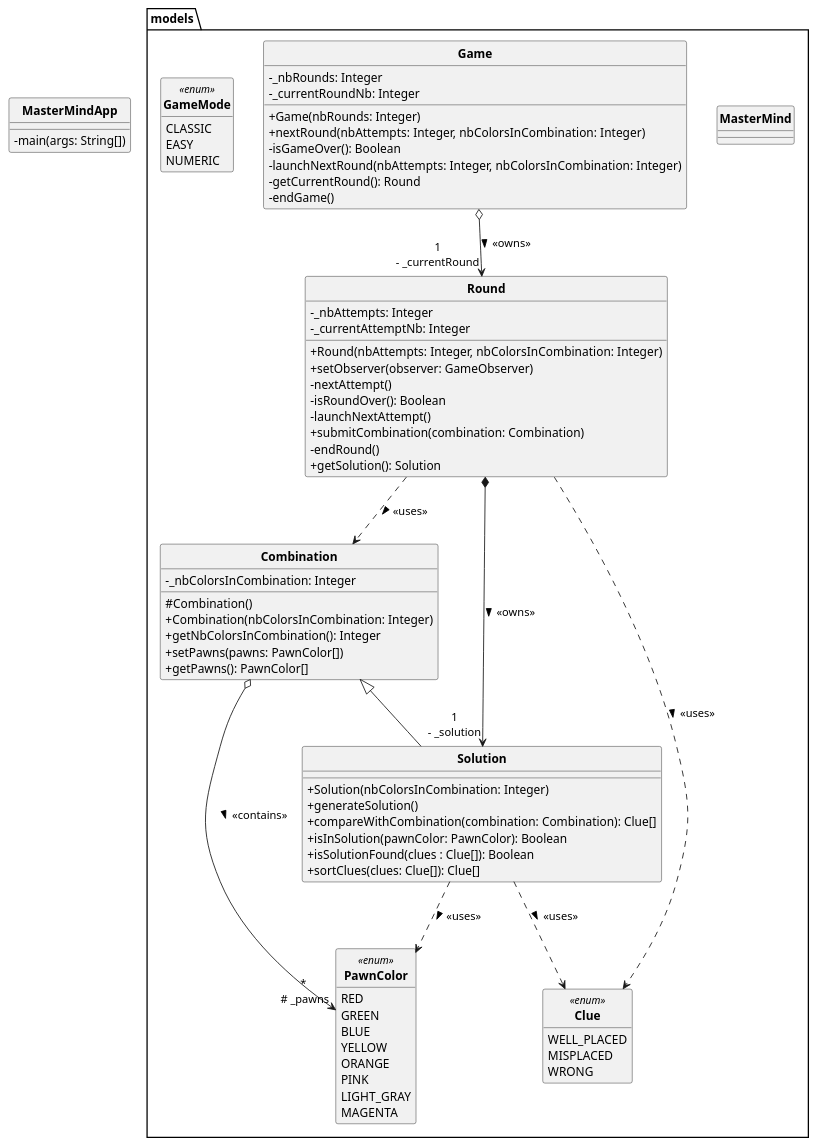
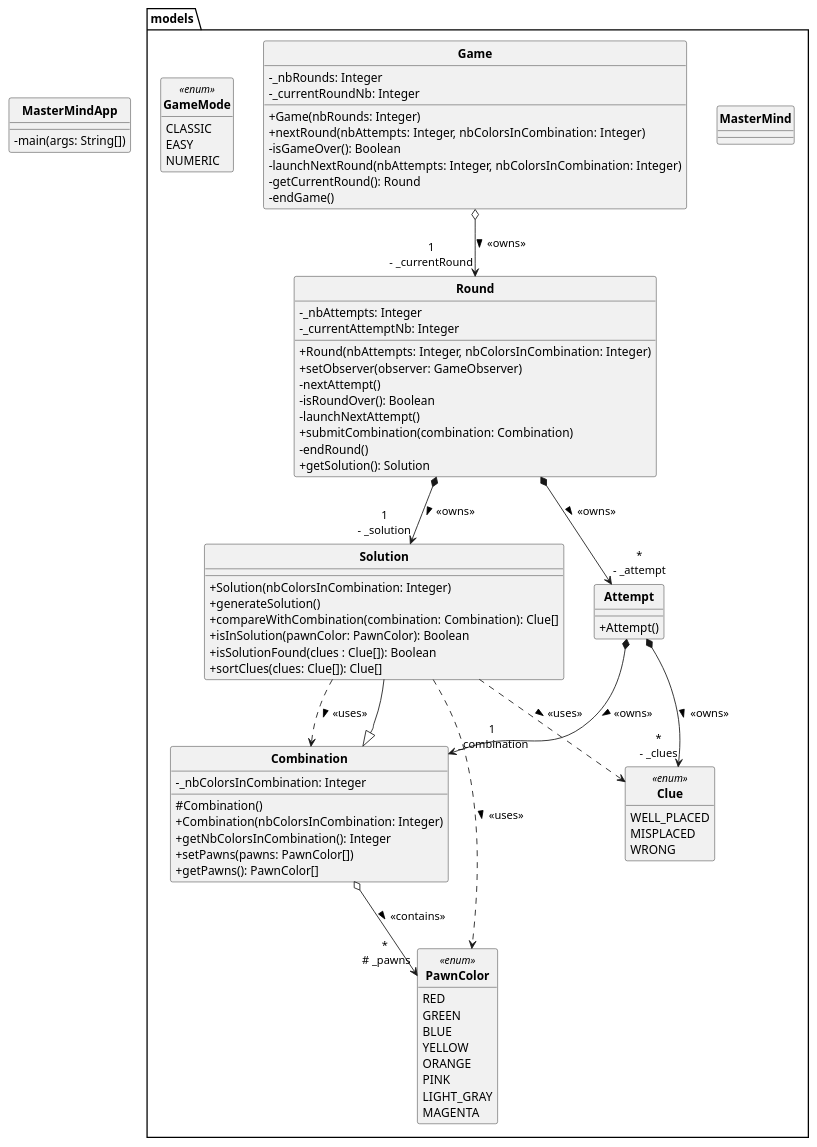
One commit to Robin3711/mastermind changed the diagram in diags/masterMindFirstDiag.puml. Above: the diagram before and after it, drawn with PlantUML.

Commit message:
mise a jour de l'UML : mise en place de la casse atempt

```diff
--- a/diags/masterMindFirstDiag.puml
+++ b/diags/masterMindFirstDiag.puml
@@ -1,169 +1,176 @@
 @startuml
 
 skinparam style strictuml
 skinparam classAttributeIconSize 0
 skinparam classFontStyle Bold
 hide enum methods
 hide interface attributes
 
 class MasterMindApp {
     - main(args: String[])
 }
 
 package models {
     class MasterMind {}
     class Game {
         - _nbRounds: Integer
         - _currentRoundNb: Integer
         + Game(nbRounds: Integer)
         '+ updateWinRound()
         '+ updateLoseRound()
         '+ updateForfeitRound()
         + nextRound(nbAttempts: Integer, nbColorsInCombination: Integer)
         - isGameOver(): Boolean
         - launchNextRound(nbAttempts: Integer, nbColorsInCombination: Integer)
         - getCurrentRound(): Round
         - endGame()
     }
     class Round {
         - _nbAttempts: Integer
         - _currentAttemptNb: Integer
         + Round(nbAttempts: Integer, nbColorsInCombination: Integer)
         + setObserver(observer: GameObserver)
         '- notifyWinRound()
         '- notifyLoseRound(score: Integer)
         '- notifyForfeitRound()
         - nextAttempt()
         - isRoundOver(): Boolean
         - launchNextAttempt()
         + submitCombination(combination: Combination)
         '- winRound()
         '- loseRound()
         '- forfeitRound()
         - endRound()
         + getSolution(): Solution
     }
     class Combination {
         - _nbColorsInCombination: Integer
         # Combination()
         + Combination(nbColorsInCombination: Integer)
         + getNbColorsInCombination(): Integer
         + setPawns(pawns: PawnColor[])
         + getPawns(): PawnColor[]
     }
     class Solution extends Combination {
         + Solution(nbColorsInCombination: Integer)
         + generateSolution()
         + compareWithCombination(combination: Combination): Clue[]
         + isInSolution(pawnColor: PawnColor): Boolean
         + isSolutionFound(clues : Clue[]): Boolean
         + sortClues(clues: Clue[]): Clue[]
+    }
+    class Attempt
+    {
+        + Attempt()
     }
     /'
     class GenerateCluesFactory {
         + createClassic(): GenerateCluesStrategy
         + createEasy(): GenerateCluesStrategy
     }
     class GenerateCluesClassic extends GenerateCluesTemplate implements GenerateCluesStrategy {
         + CluesClassic()
         + generateAdaptedClues(combinationSubmitted: Combination): Clue[]
     }
     class GenerateCluesEasy extends GenerateCluesTemplate implements GenerateCluesStrategy {
         + CluesEasy()
         + generateAdaptesClues(combinationSubmitted: Combination): Clue[]
     }
     class GenerateCluesTemplate {
         + generateClues(combinationSubmitted: Combination): Clue[]
     }
 
     interface GenerateCluesStrategy <<interface>> {
         + generateAdaptedClues(combinationSubmitted: Combination): Clue[]
     }
     '/
 
     /'
     interface RoundObserver <<interface>> {
         + updateWinRound()
         + updateLoseRound(score: Integer)
         + updateForfeitRound()
     }
     '/
 
     enum PawnColor <<enum>> {
         RED
         GREEN
         BLUE
         YELLOW
         ORANGE
         PINK
         LIGHT_GRAY
         MAGENTA
     }
     enum GameMode <<enum>> {
         CLASSIC
         EASY
         NUMERIC
     }
     enum Clue <<enum>> {
         WELL_PLACED
         MISPLACED
         WRONG
     }
 }
 
 'Relations
 
 'Models
 
 'Game
 Game o--> "1\n- _currentRound" Round : > <<owns>>
 
 'Round
 Round *--> "1\n- _solution" Solution : > <<owns>>
 'Relation avec observer dans la partie GameObserver
-Round ..> Combination : > <<uses>>
-Round ..> Clue : > <<uses>>
+Round *--> "*\n- _attempt" Attempt : > <<owns>>
 
 'Combination
 Combination o--> "*\n # _pawns" PawnColor : > <<contains>>
 
 'Solution
 Solution ..> PawnColor : > <<uses>>
 Solution ..> Clue : > <<uses>>
+Solution ..> Combination : > <<uses>>
+
+Attempt *--> "*\n- _clues" Clue : > <<owns>>
+Attempt *--> "1\n _combination" Combination : > <<owns>>
 
 'RoundObserver
 'RoundObserver <--o "*\n- _roundObserver" Round : > <<observes>>
 
 /'
 'GenerateCluesFactory
 GenerateCluesFactory ..> GenerateCluesClassic : > <<uses>>
 GenerateCluesFactory ..> GenerateCluesEasy : > <<uses>>
 GenerateCluesFactory ..> GenerateCluesStrategy : > <<uses>>
 
 'GenerateCluesClassic
 GenerateCluesClassic ..> Clue : > <<uses>>
 
 'GenerateCluesEasy
 GenerateCluesEasy ..> Clue : > <<uses>>
 
 'GenerateCluesStrategy
 GenerateCluesStrategy ..> Clue : > <<uses>>
 
 'GenerateCluesTemplate
 GenerateCluesTemplate ..> Clue : > <<uses>>
 '/
 
 'Gestion des stratégies dans la vue, mais génération des indices dans le modèle
 'C'est le modèle qui renvoit les indices à la vue (triés ou non)
 'Tous les Round d'une même instance de Game ont des attributs communs, donc stocker dans Game ?
 'Stocker toutes les tentatives de la partie
 'Stocker tous les indices obtenus
 'Stocker tous les Round de la partie
 'Dictionnaire de dictionnaires ?
 'Comment prévenir Game que Round est terminé ?
 'Classe Attempt
 
 'Finir modèles pour le mardi 5 inclus
 'Finir vues et controllers pour le dimanche 10 inclus (rendu 1)
 
 @enduml
```
